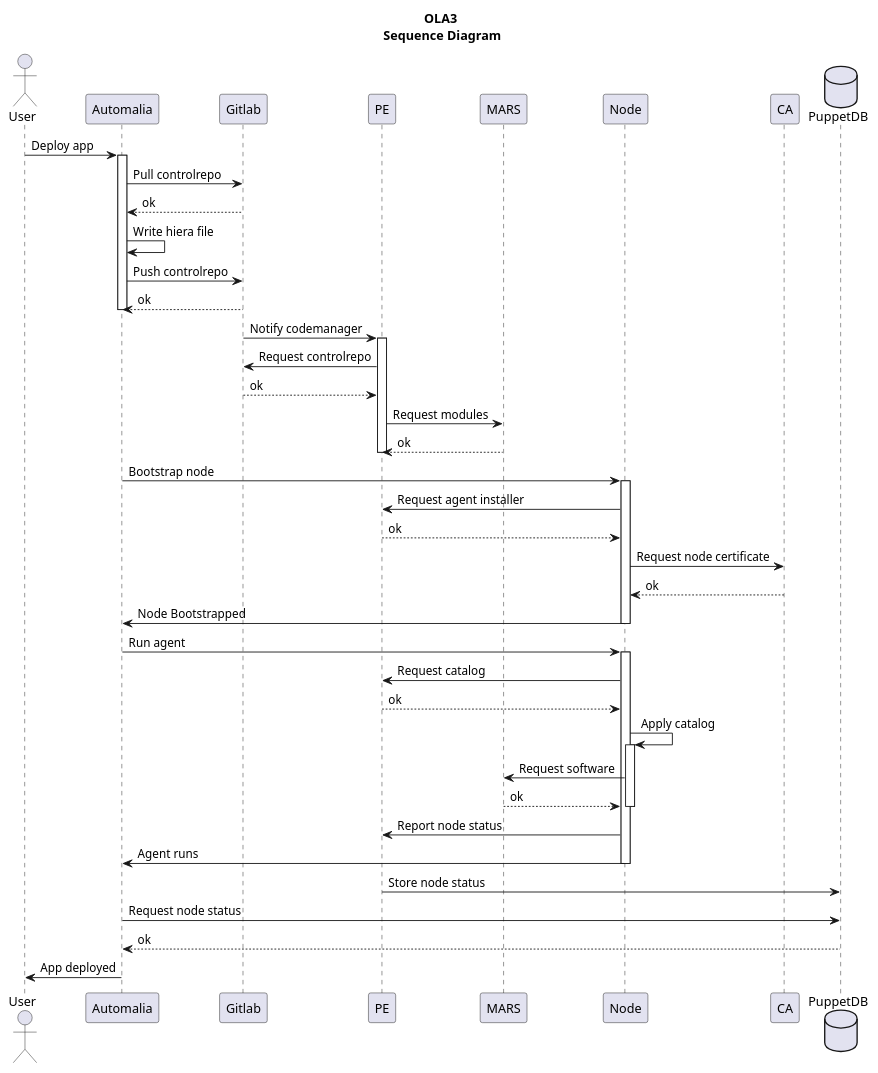
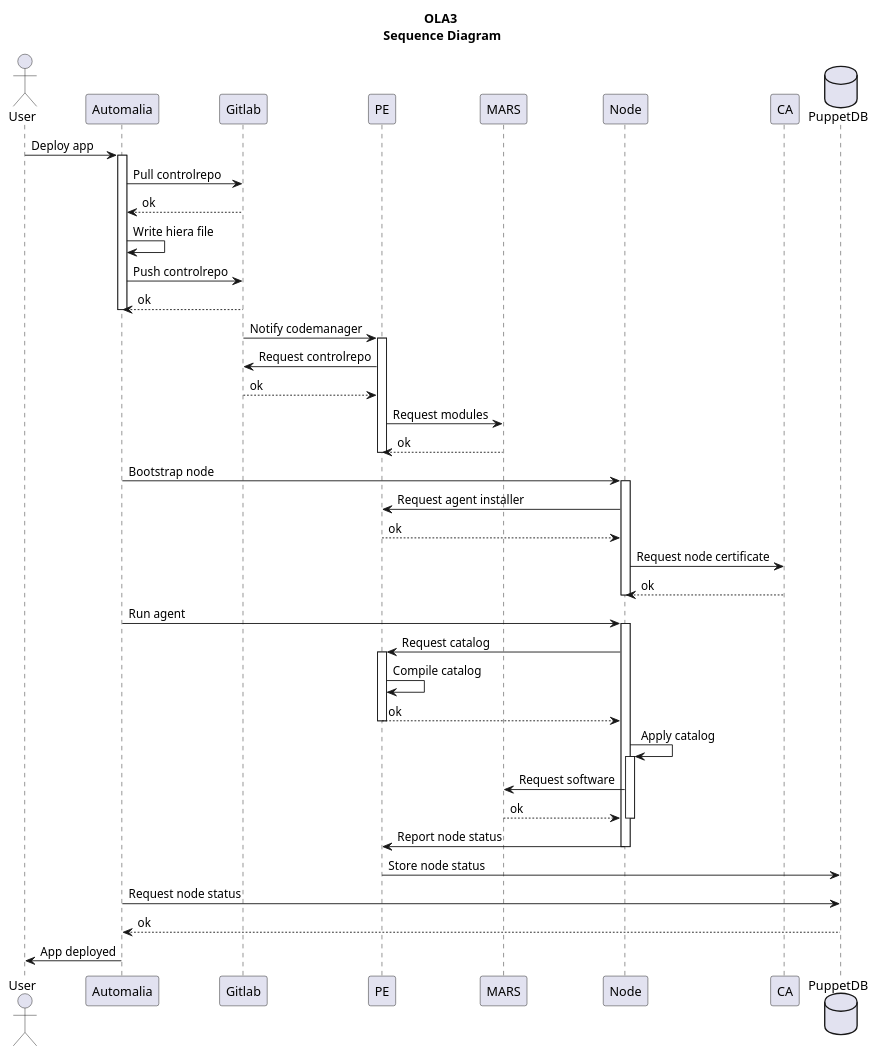
One commit to CIVIR-ES/PE-vagrant changed the diagram in doc/sequence.puml. Above: the diagram before and after it, drawn with PlantUML.

Commit message:
Add compile catalog

```diff
--- a/doc/sequence.puml
+++ b/doc/sequence.puml
@@ -1,57 +1,58 @@
 @startuml
 title OLA3\n Sequence Diagram
 
 actor User
 participant "Automalia" as A
 participant "Gitlab" as B
 participant "PE" as C
 participant "MARS" as D
 participant "Node" as E
 participant "CA" as F
 database "PuppetDB" as G
 
 User -> A: Deploy app
 activate A
 A -> B: Pull controlrepo
 B --> A: ok
 A -> A: Write hiera file
 A -> B: Push controlrepo
 B --> A: ok
 deactivate A
 
 B -> C: Notify codemanager
 activate C
 C -> B: Request controlrepo
 B --> C: ok
 C -> D: Request modules
 D --> C: ok
 deactivate C
 
 A -> E: Bootstrap node
 activate E
 E -> C: Request agent installer
 C --> E: ok
 E -> F: Request node certificate
 F --> E: ok
-E -> A: Node Bootstrapped
 deactivate E
 
 A -> E: Run agent
 activate E
 E -> C: Request catalog
+activate C
+C -> C: Compile catalog
 C --> E: ok
+deactivate C
 E -> E: Apply catalog
 activate E
 E -> D: Request software
 D --> E: ok
 deactivate E
 E -> C: Report node status
-E -> A: Agent runs
 deactivate E
 
 C -> G: Store node status
 A -> G: Request node status
 G --> A: ok
 
 A -> User: App deployed
 @enduml
```
